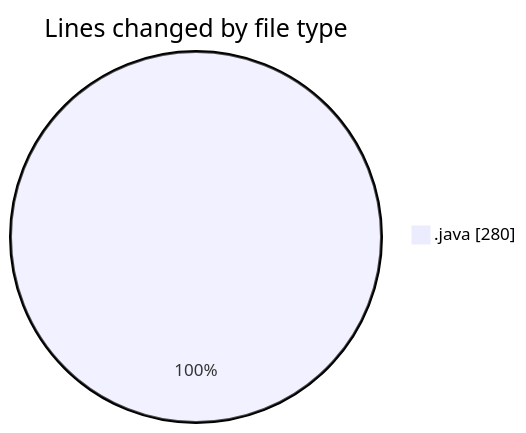
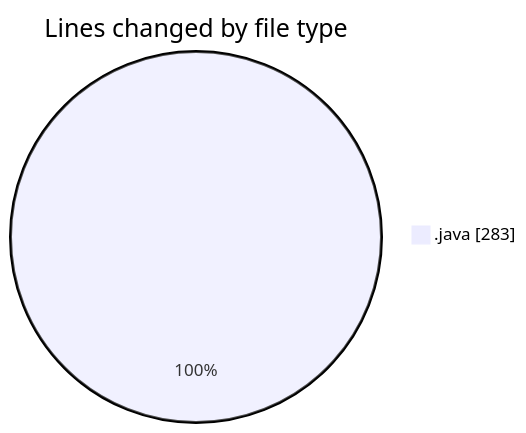
Before and after one commit to NitaiMahat/code-tracking: the first of 2 diagrams in 2025-03-30/startfiles/README.md, drawn with Mermaid. The commit also changed other lines of this file and 1 other file, not shown here.

````diff
--- a/2025-03-30/startfiles/README.md
+++ b/2025-03-30/startfiles/README.md
@@ -20,5 +20,5 @@
 ```mermaid
 pie showData
 title Lines changed by file type
-".java" : 280
+".java" : 283
 ```
````
